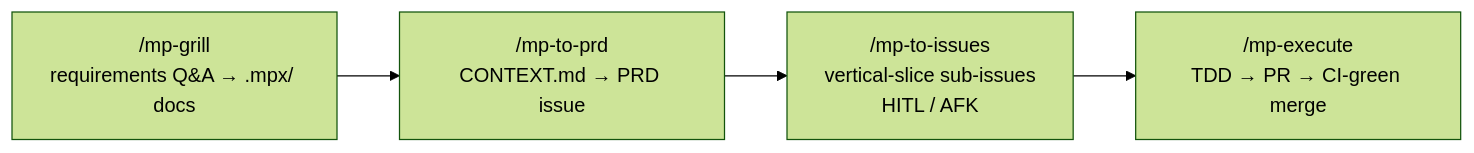
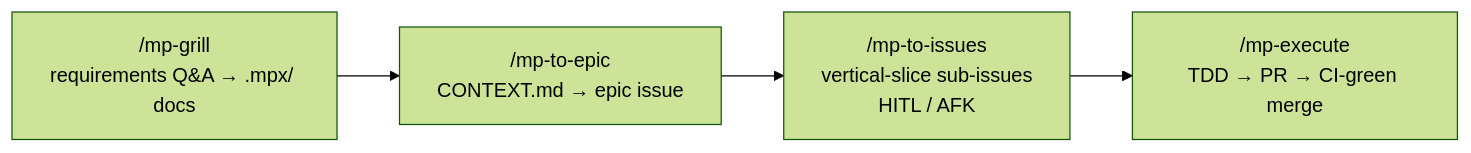
The first of 2 diagrams in README.md (MartinoPolo/mpx-claude-code), drawn with Mermaid (forest theme) before and after one commit. The commit also changed other lines of this file and 22 other files, not shown here.

First line of the commit message:
refactor(vocab): rename PRD to epic across skills and docs

````diff
--- a/README.md
+++ b/README.md
@@ -15,8 +15,8 @@
 ```mermaid
 flowchart LR
     grill["/mp-grill<br/>requirements Q&A → .mpx/ docs"]
-    prd["/mp-to-prd<br/>CONTEXT.md → PRD issue"]
+    epic["/mp-to-epic<br/>CONTEXT.md → epic issue"]
     issues["/mp-to-issues<br/>vertical-slice sub-issues<br/>HITL / AFK"]
     execute["/mp-execute<br/>TDD → PR → CI-green merge"]
-    grill --> prd --> issues --> execute
+    grill --> epic --> issues --> execute
 ```
````
